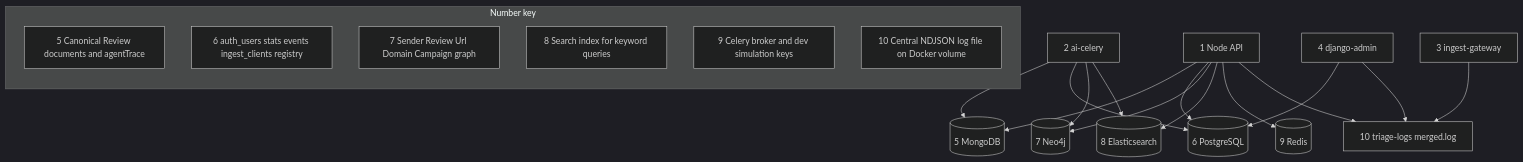
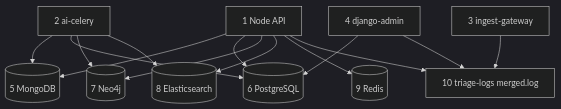
The diagram in docs/diagrams/system-flow-04-data-stores.mmd (OferElboher/suspicious-email-triage), drawn with Mermaid (dark theme) before and after one commit. The commit also changed 9 other files, not shown here.

First line of the commit message:
Restore overall flowchart and move legends to prose lists below charts.

```diff
--- a/docs/diagrams/system-flow-04-data-stores.mmd
+++ b/docs/diagrams/system-flow-04-data-stores.mmd
@@ -1,37 +1,26 @@
-%% Chart 4 — Which service writes which store
 flowchart TB
   N["1 Node API"]
   W["2 ai-celery"]
   G["3 ingest-gateway"]
   DJ["4 django-admin"]
 
   M[(5 MongoDB)]
   PG[(6 PostgreSQL)]
   NEO[(7 Neo4j)]
   ES[(8 Elasticsearch)]
   R[(9 Redis)]
   LOG["10 triage-logs merged.log"]
 
   N --> M
   N --> PG
   N --> NEO
   N --> ES
   N --> R
   N --> LOG
   W --> M
   W --> PG
   W --> NEO
   W --> ES
   G --> LOG
   DJ --> PG
   DJ --> LOG
-
-  subgraph legend4 [Number key]
-    direction TB
-    L5["5 Canonical Review documents and agentTrace"]
-    L6["6 auth_users stats events ingest_clients registry"]
-    L7["7 Sender Review Url Domain Campaign graph"]
-    L8["8 Search index for keyword queries"]
-    L9["9 Celery broker and dev simulation keys"]
-    L10["10 Central NDJSON log file on Docker volume"]
-  end
```
